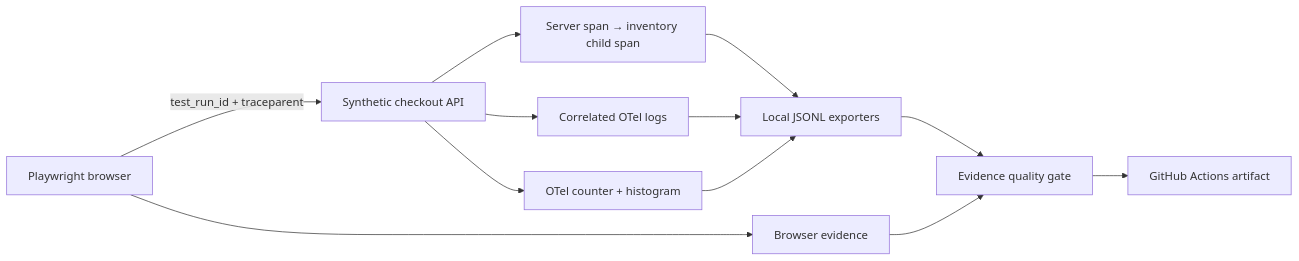
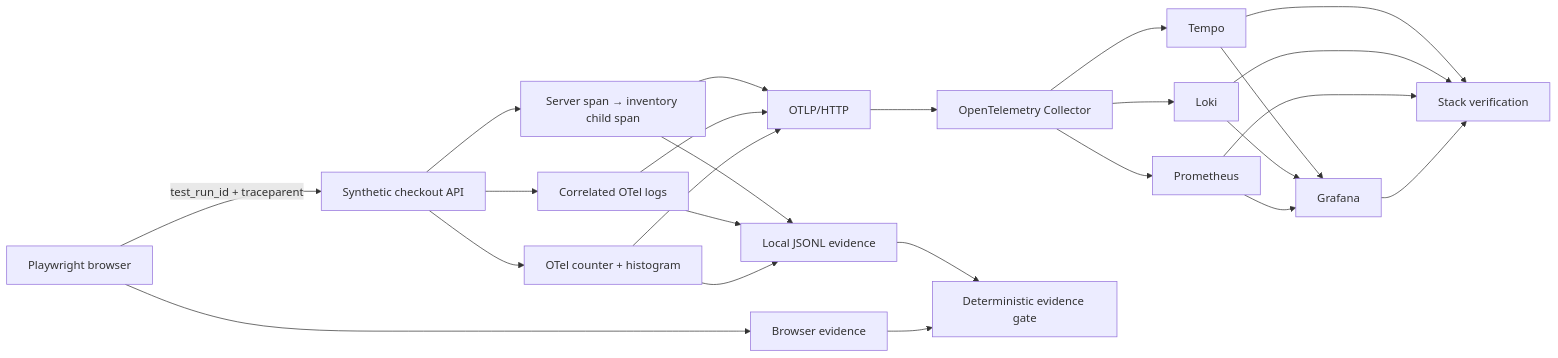
Before and after one commit to javicale/quality-observability-lab: the diagram in README.md, drawn with Mermaid. The commit also changed other lines of this file and 6 other files, not shown here.

````diff
--- a/README.md
+++ b/README.md
@@ -70,14 +86,27 @@
 ```mermaid
 flowchart LR
   P[Playwright browser] -->|test_run_id + traceparent| A[Synthetic checkout API]
   A --> S[Server span → inventory child span]
   A --> L[Correlated OTel logs]
   A --> M[OTel counter + histogram]
-  S --> E[Local JSONL exporters]
+  S --> E[Local JSONL evidence]
   L --> E
   M --> E
+  S --> O[OTLP/HTTP]
+  L --> O
+  M --> O
+  O --> C[OpenTelemetry Collector]
+  C --> T[Tempo]
+  C --> K[Loki]
+  C --> R[Prometheus]
+  T --> G[Grafana]
+  K --> G
+  R --> G
   P --> B[Browser evidence]
-  E --> G[Evidence quality gate]
-  B --> G
-  G --> C[GitHub Actions artifact]
+  E --> Q[Deterministic evidence gate]
+  B --> Q
+  T --> V[Stack verification]
+  K --> V
+  R --> V
+  G --> V
 ```
````
